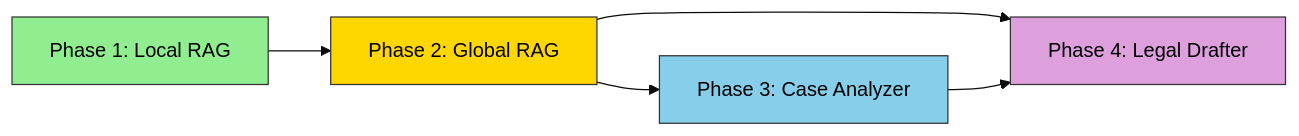
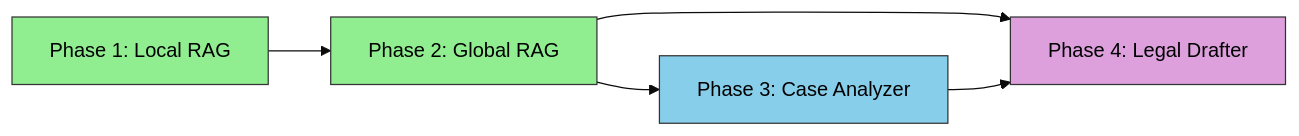
Before and after one commit to HadiTighsazan/Legal_Persian_Agent_For_Lawyers: the second of 2 diagrams in docs/roadmap.md, drawn with Mermaid (base theme). The commit also changed other lines of this file and 3 other files, not shown here.

````diff
--- a/docs/roadmap.md
+++ b/docs/roadmap.md
@@ -315,12 +315,12 @@
 ```mermaid
 flowchart LR
     P1[Phase 1: Local RAG] --> P2[Phase 2: Global RAG]
     P2 --> P3[Phase 3: Case Analyzer]
     P2 --> P4[Phase 4: Legal Drafter]
     P3 --> P4
     
     style P1 fill:#90EE90,stroke:#333,color:#000
-    style P2 fill:#FFD700,stroke:#333,color:#000
+    style P2 fill:#90EE90,stroke:#333,color:#000
     style P3 fill:#87CEEB,stroke:#333,color:#000
     style P4 fill:#DDA0DD,stroke:#333,color:#000
 ```
````
